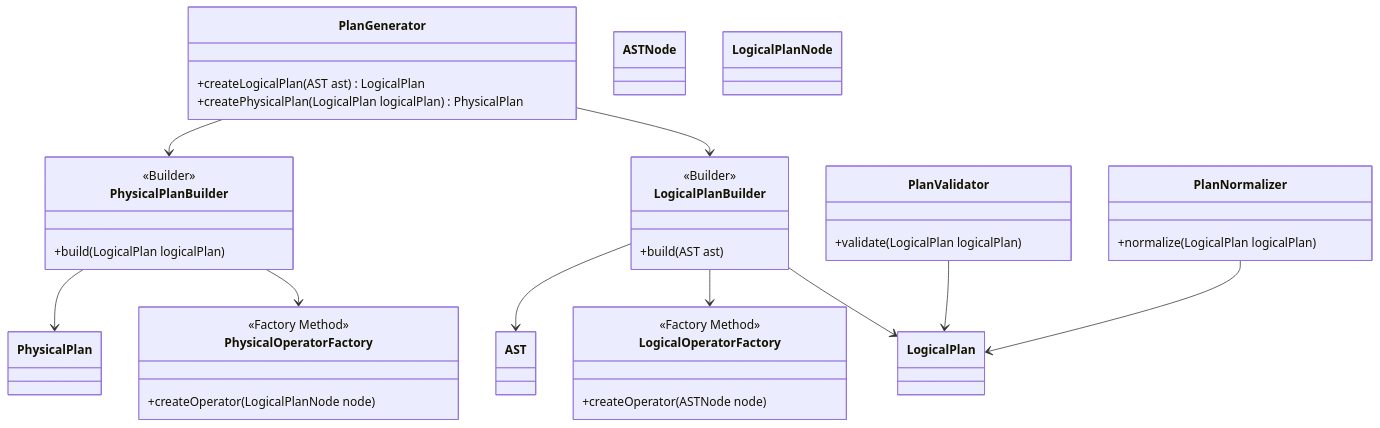
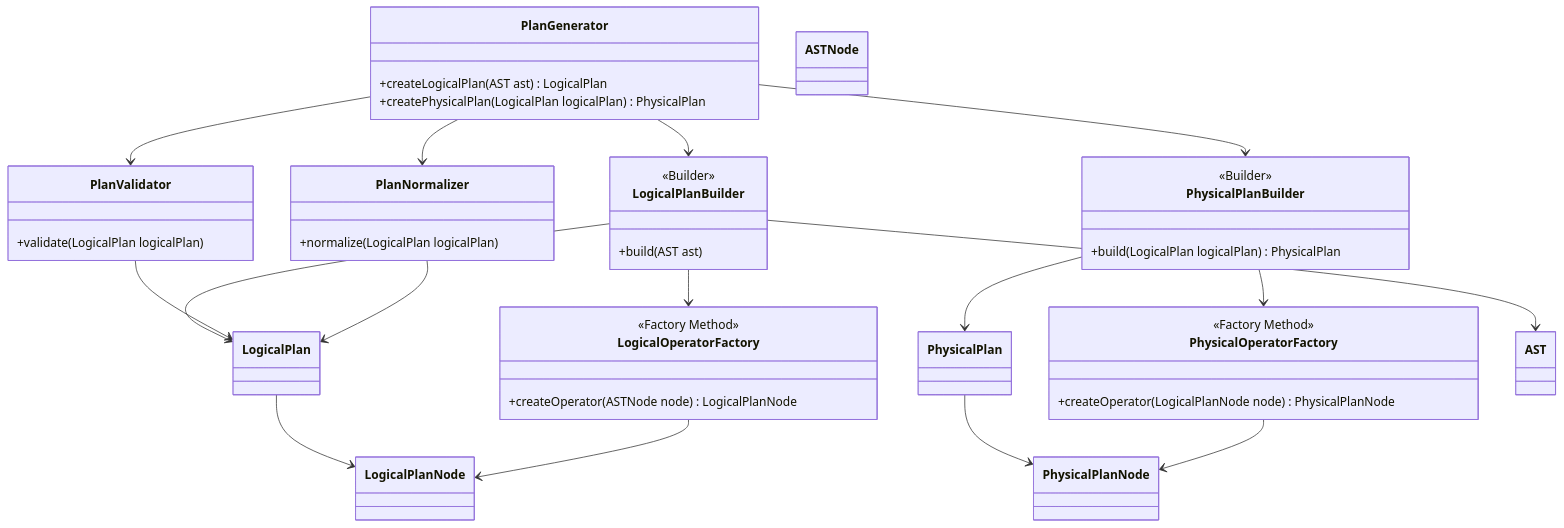
The diagram in docs/class_diagram/query_processor/detail/PlanGeneration.md (Dikhang1112/Database_Management_BBV), drawn with Mermaid before and after one commit. The commit also changed 40 other files, not shown here.

Commit message:
Done implemen class + method for PlanGenerator

```diff
--- a/docs/class_diagram/query_processor/detail/PlanGeneration.md
+++ b/docs/class_diagram/query_processor/detail/PlanGeneration.md
@@ -22,7 +22,7 @@
 
 class LogicalOperatorFactory{
 <<Factory Method>>
-+createOperator(ASTNode node)
++createOperator(ASTNode node) LogicalPlanNode
 }
 
 class LogicalPlan
@@ -33,12 +33,12 @@
 
 class PhysicalPlanBuilder{
 <<Builder>>
-+build(LogicalPlan logicalPlan)
++build(LogicalPlan logicalPlan) PhysicalPlan
 }
 
 class PhysicalOperatorFactory{
 <<Factory Method>>
-+createOperator(LogicalPlanNode node)
++createOperator(LogicalPlanNode node) PhysicalPlanNode
 }
 
 class PhysicalPlan
@@ -65,12 +65,16 @@
 
 class LogicalPlanNode
 
+class PhysicalPlanNode
+
 %% =====================================================
 %% RELATIONSHIPS
 %% =====================================================
 
 PlanGenerator --> LogicalPlanBuilder
 PlanGenerator --> PhysicalPlanBuilder
+PlanGenerator --> PlanValidator
+PlanGenerator --> PlanNormalizer
 
 LogicalPlanBuilder --> LogicalOperatorFactory
 LogicalPlanBuilder --> LogicalPlan
@@ -79,6 +83,11 @@
 PhysicalPlanBuilder --> PhysicalPlan
 
 LogicalPlanBuilder --> AST
+LogicalPlan --> LogicalPlanNode
+PhysicalPlan --> PhysicalPlanNode
+
+LogicalOperatorFactory --> LogicalPlanNode
+PhysicalOperatorFactory --> PhysicalPlanNode
 
 PlanValidator --> LogicalPlan
 
```
